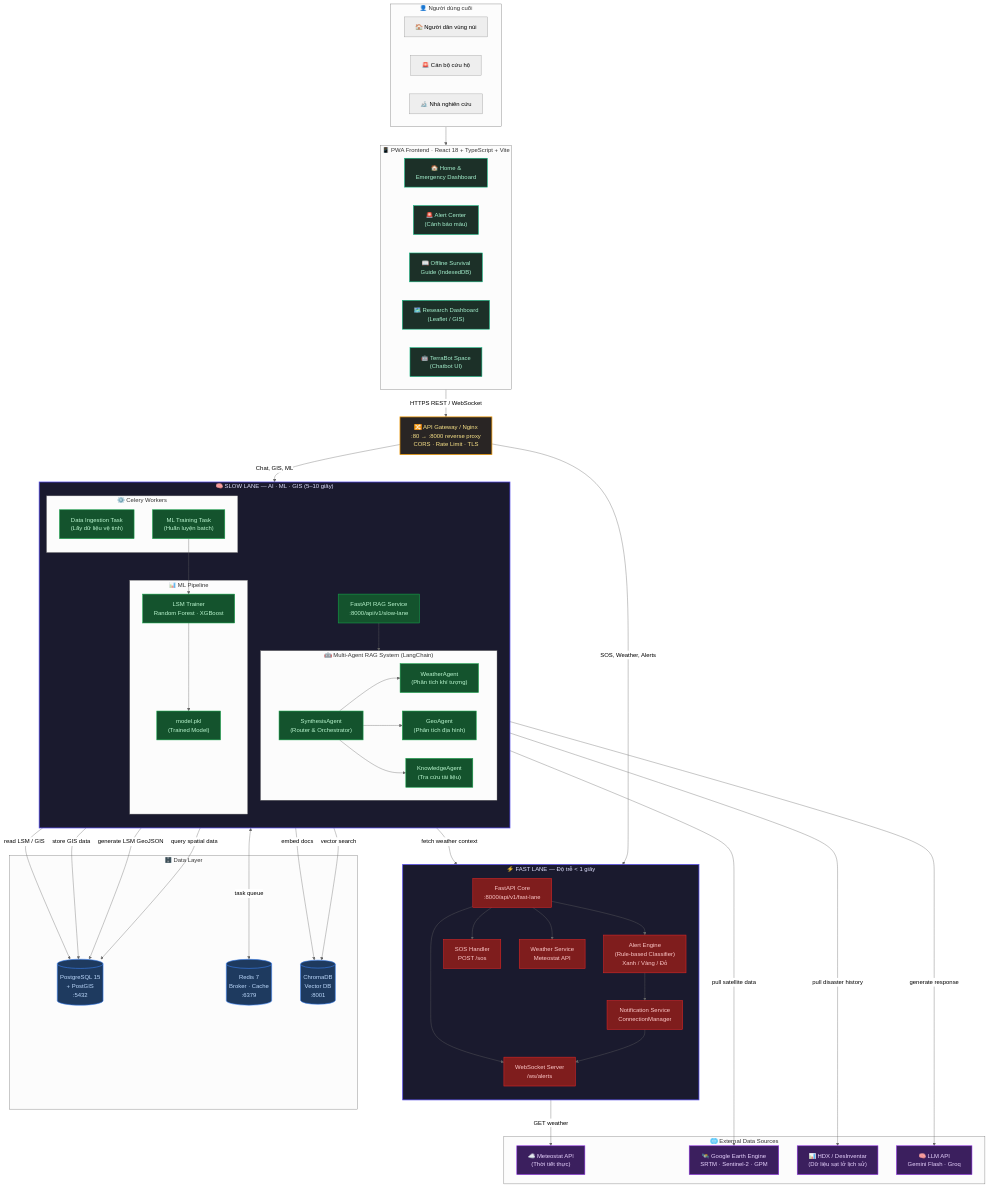
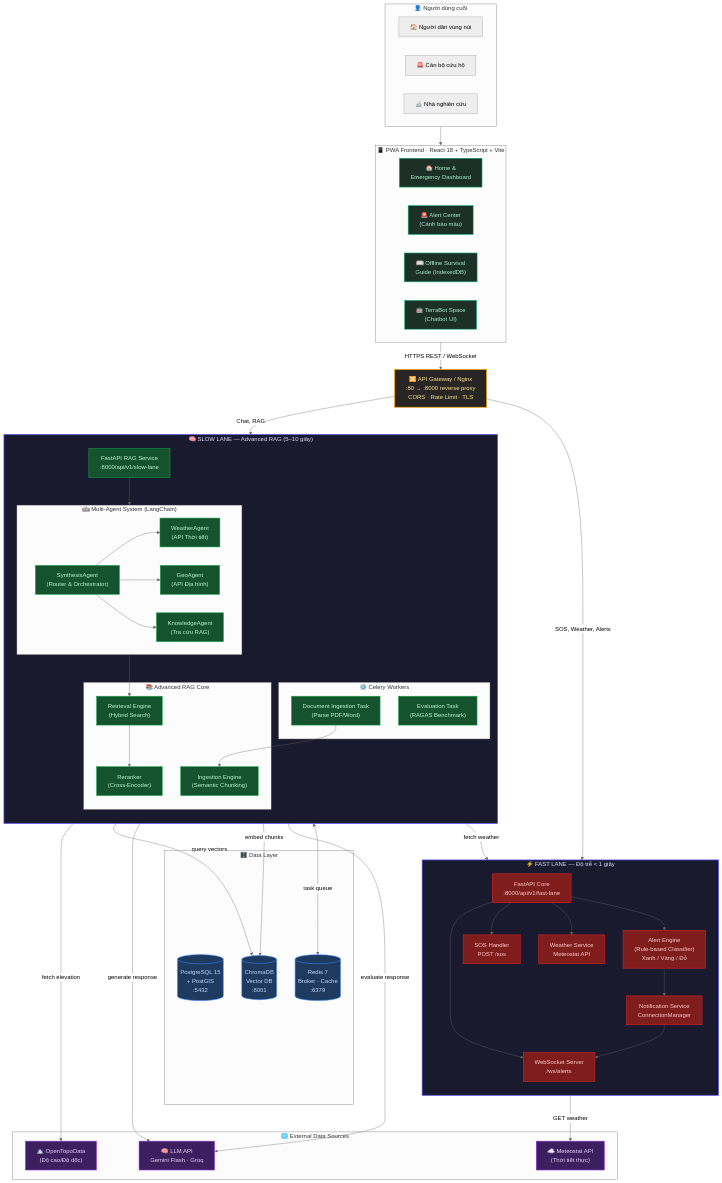
Before and after one commit to minhduc01168/rag-natural-disaster: the first of 5 diagrams in docs/architecture.md, drawn with Mermaid (neutral theme). The commit also changed other lines of this file and 57 other files, not shown here.

Commit message:
docs: Update architecture and documentation for Agentic RAG pivot

````diff
--- a/docs/architecture.md
+++ b/docs/architecture.md
@@ -35,8 +35,7 @@
         P1["🏠 Home &<br/>Emergency Dashboard"]
         P2["🚨 Alert Center<br/>(Cảnh báo màu)"]
         P3["📖 Offline Survival<br/>Guide (IndexedDB)"]
-        P4["🗺️ Research Dashboard<br/>(Leaflet / GIS)"]
-        P5["🤖 TerraBot Space<br/>(Chatbot UI)"]
+        P4["🤖 TerraBot Space<br/>(Chatbot UI)"]
     end
 
     %% ─────────────── GATEWAY LAYER ───────────────
@@ -53,27 +52,28 @@
         SOS_H["SOS Handler\nPOST /sos"]
     end
 
-    %% ─────────────── SLOW LANE ───────────────
-    subgraph SL["🧠 SLOW LANE — AI · ML · GIS (5–10 giây)"]
+    %% ─────────────── SLOW LANE (AGENTIC RAG) ───────────────
+    subgraph SL["🧠 SLOW LANE — Advanced RAG (5–10 giây)"]
         direction TB
         RA["FastAPI RAG Service\n:8000/api/v1/slow-lane"]
 
-        subgraph AGENTS["🤖 Multi-Agent RAG System (LangChain)"]
+        subgraph AGENTS["🤖 Multi-Agent System (LangChain)"]
             direction LR
             SA["SynthesisAgent\n(Router & Orchestrator)"]
-            WA["WeatherAgent\n(Phân tích khí tượng)"]
-            GA["GeoAgent\n(Phân tích địa hình)"]
-            KA["KnowledgeAgent\n(Tra cứu tài liệu)"]
+            WA["WeatherAgent\n(API Thời tiết)"]
+            GA["GeoAgent\n(API Địa hình)"]
+            KA["KnowledgeAgent\n(Tra cứu RAG)"]
         end
 
-        subgraph ML["📊 ML Pipeline"]
-            TR["LSM Trainer\nRandom Forest · XGBoost"]
-            PKL["model.pkl\n(Trained Model)"]
+        subgraph RAG_CORE["📚 Advanced RAG Core"]
+            ING["Ingestion Engine\n(Semantic Chunking)"]
+            RET["Retrieval Engine\n(Hybrid Search)"]
+            RER["Reranker\n(Cross-Encoder)"]
         end
 
         subgraph TASKS["⚙️ Celery Workers"]
-            C1["Data Ingestion Task\n(Lấy dữ liệu vệ tinh)"]
-            C2["ML Training Task\n(Huấn luyện batch)"]
+            C1["Document Ingestion Task\n(Parse PDF/Word)"]
+            C2["Evaluation Task\n(RAGAS Benchmark)"]
         end
     end
 
@@ -87,8 +87,7 @@
     %% ─────────────── EXTERNAL APIs ───────────────
     subgraph EXT["🌐 External Data Sources"]
         MET["☁️ Meteostat API\n(Thời tiết thực)"]
-        GEE["🛰️ Google Earth Engine\nSRTM · Sentinel-2 · GPM"]
-        HDX["📊 HDX / DesInventar\n(Dữ liệu sạt lở lịch sử)"]
+        TOPO["🏔️ OpenTopoData\n(Độ cao/Độ dốc)"]
         LLM_API["🧠 LLM API\nGemini Flash · Groq"]
     end
 
@@ -96,7 +95,7 @@
     USER --> FE
     FE -->|"HTTPS REST / WebSocket"| GW
     GW -->|"SOS, Weather, Alerts"| FA
-    GW -->|"Chat, GIS, ML"| RA
+    GW -->|"Chat, RAG"| RA
 
     FA --> WS & AE & SOS_H & WP
     WP -->|"GET weather"| MET
@@ -105,22 +104,18 @@
 
     RA --> AGENTS
     SA --> WA & GA & KA
-    WA -->|"fetch weather context"| WP
-    GA -->|"query spatial data"| PG
-    KA -->|"vector search"| CH
-    KA -->|"generate response"| LLM_API
-
-    TR --> PKL
-    PKL -->|"generate LSM GeoJSON"| PG
+    WA -->|"fetch weather"| WP
+    GA -->|"fetch elevation"| TOPO
+    
+    KA --> RET
+    RET -->|"query vectors"| CH
+    RET --> RER
+    RER -->|"generate response"| LLM_API
 
     TASKS <-->|"task queue"| RD
-    C1 -->|"pull satellite data"| GEE
-    C1 -->|"pull disaster history"| HDX
-    C1 -->|"store GIS data"| PG
-    C2 --> TR
-
-    RA -->|"read LSM / GIS"| PG
-    RA -->|"embed docs"| CH
+    C1 --> ING
+    ING -->|"embed chunks"| CH
+    C2 -->|"evaluate response"| LLM_API
 
     %% Styles
     classDef lane fill:#1a1a2e,color:#e0e0ff,stroke:#4f46e5,stroke-width:2px
@@ -134,9 +129,9 @@
     class FL lane
     class SL lane
     class FA,WS,AE,NS,WP,SOS_H fastNode
-    class RA,SA,WA,GA,KA,TR,PKL,C1,C2 slowNode
+    class RA,SA,WA,GA,KA,ING,RET,RER,C1,C2 slowNode
     class PG,RD,CH dbNode
-    class MET,GEE,HDX,LLM_API extNode
-    class P1,P2,P3,P4,P5 feNode
+    class MET,TOPO,LLM_API extNode
+    class P1,P2,P3,P4 feNode
     class GW gwNode
 ```
````
